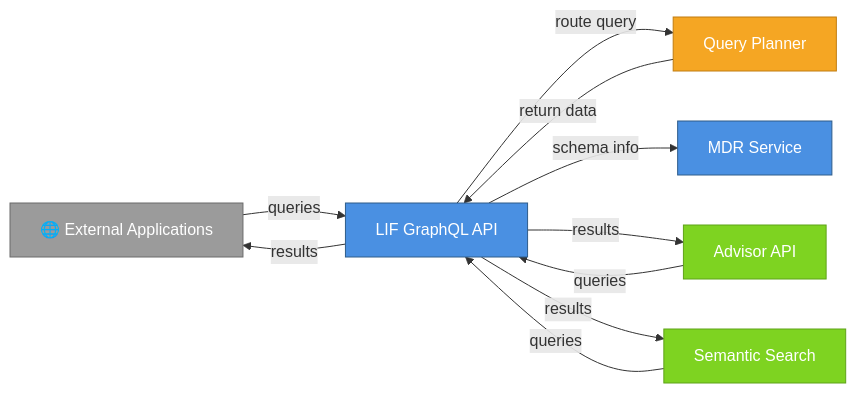
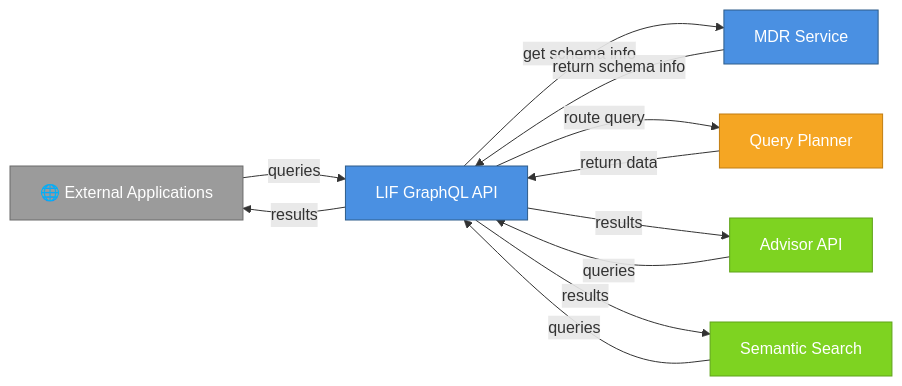
The second of 16 diagrams in docs/lif_services_overview.md (LIF-Initiative/lif-core), drawn with Mermaid before and after one commit.

Commit message:
docs: update more diagrams

````diff
--- a/docs/lif_services_overview.md
+++ b/docs/lif_services_overview.md
@@ -93,29 +93,30 @@
 ```mermaid
 graph LR
     Users[🌐 External Applications]
     GQL[LIF GraphQL API]
     QP[Query Planner]
     MDR[MDR Service]
     Advisor[Advisor API]
     MCP[Semantic Search]
     
     Users -->|queries| GQL
+    Advisor -->|queries| GQL
+    MCP -->|queries| GQL
+    GQL -->|get schema info| MDR
+    MDR -->|return schema info| GQL
     GQL -->|route query| QP
-    GQL -->|schema info| MDR
     QP -->|return data| GQL
     GQL -->|results| Users
-    Advisor -->|queries| GQL
     GQL -->|results| Advisor
-    MCP -->|queries| GQL
     GQL -->|results| MCP
     
     classDef coreStyle fill:#4A90E2,stroke:#2E5C8A,color:#fff
     classDef intelStyle fill:#7ED321,stroke:#5FA319,color:#fff
     classDef infraStyle fill:#F5A623,stroke:#C17D11,color:#fff
     classDef extStyle fill:#9B9B9B,stroke:#6B6B6B,color:#fff
     
     class GQL,MDR coreStyle
     class Advisor,MCP intelStyle
     class QP infraStyle
     class Users extStyle
 ```
````
